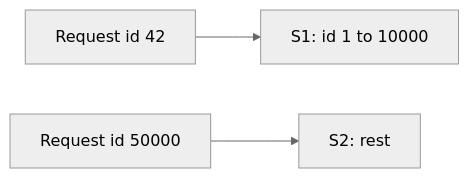
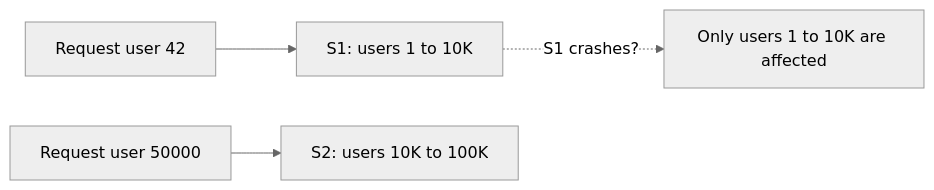
The fifth of 10 diagrams in dbms/18-partitioning-sharding.md (aaryan-pradhan/core-cs-fundamentals), drawn with Mermaid (neutral theme) before and after one commit. The commit also changed other lines of this file, not shown here.

````diff
--- a/dbms/18-partitioning-sharding.md
+++ b/dbms/18-partitioning-sharding.md
@@ -94,5 +73,6 @@
-      ```mermaid
-      flowchart LR
-        Q1["Request id 42"] --> S1["S1: id 1 to 10000"]
-        Q2["Request id 50000"] --> S2["S2: rest"]
-      ```
+```mermaid
+flowchart LR
+  R1["Request user 42"] --> S1["S1: users 1 to 10K"]
+  R2["Request user 50000"] --> S2["S2: users 10K to 100K"]
+  S1 -. "S1 crashes?" .-> X["Only users 1 to 10K are affected"]
+```
````
